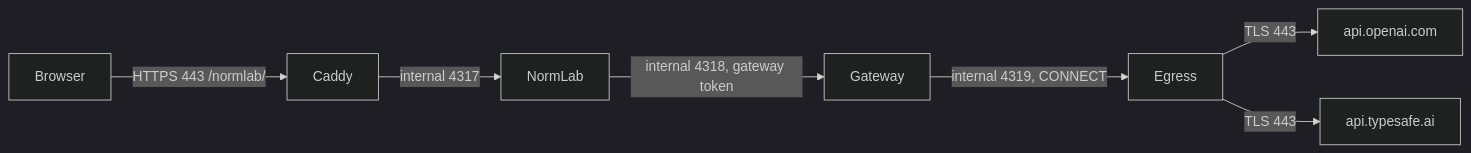
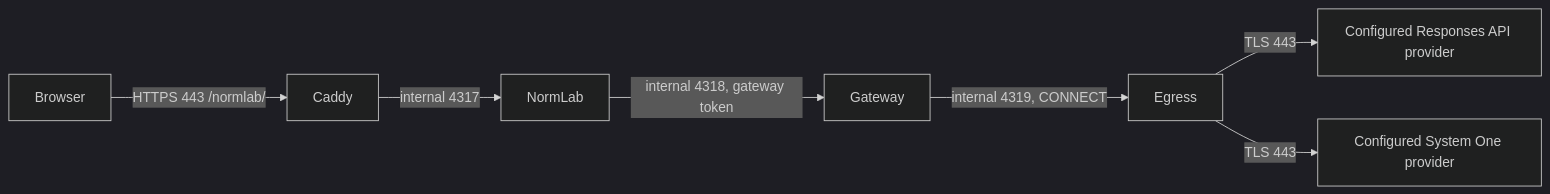
Before and after one commit to SoundBlaster/NormLab: the diagram in docs/HOSTED_INFERENCE.md, drawn with Mermaid (dark theme). The commit also changed other lines of this file and 6 other files, not shown here.

Commit message:
Configure inference provider endpoints and exact egress hosts

````diff
--- a/docs/HOSTED_INFERENCE.md
+++ b/docs/HOSTED_INFERENCE.md
@@ -16,9 +16,9 @@
 ```mermaid
 flowchart LR
   Browser -->|HTTPS 443 /normlab/| Caddy
   Caddy -->|internal 4317| NormLab
   NormLab -->|internal 4318, gateway token| Gateway
   Gateway -->|internal 4319, CONNECT| Egress
-  Egress -->|TLS 443| OpenAI[api.openai.com]
-  Egress -->|TLS 443| TypeSafe[api.typesafe.ai]
+  Egress -->|TLS 443| OpenAI[Configured Responses API provider]
+  Egress -->|TLS 443| TypeSafe[Configured System One provider]
 ```
````
